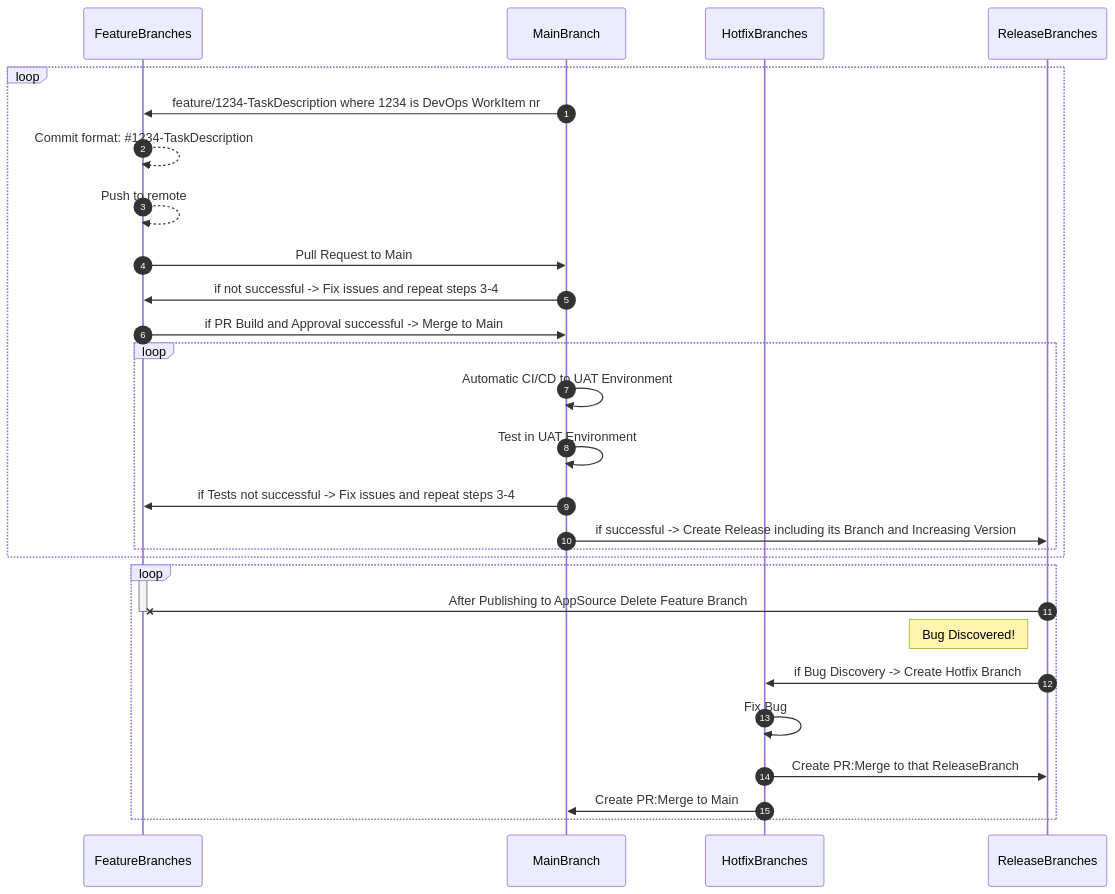
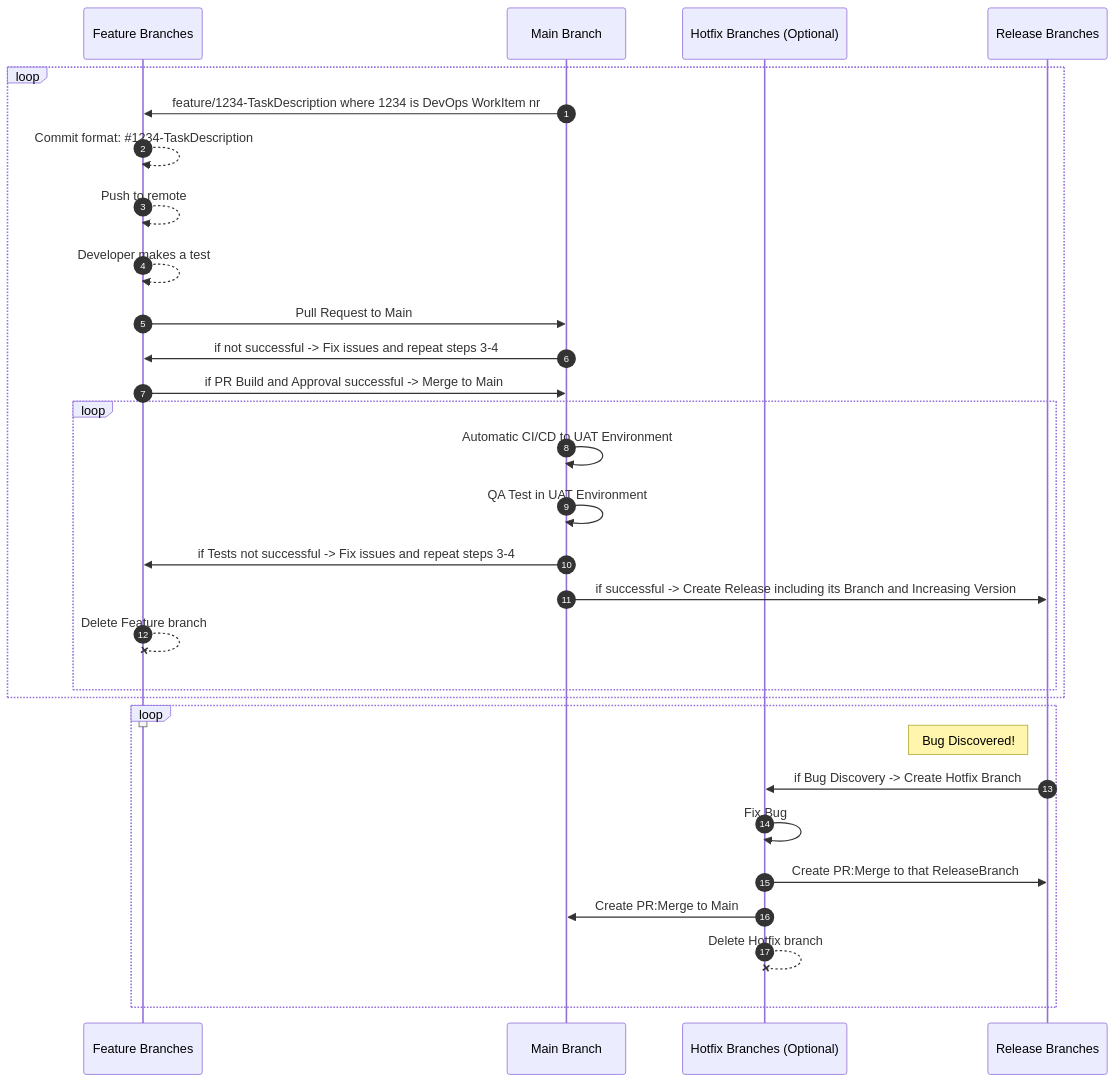
Before and after one commit to ciellosinc/Ciellos-BC-git-flow-template: the diagram in README.md, drawn with Mermaid. The commit also changed other lines of this file, not shown here.

Commit message:
Light changes on the flow diagram

````diff
--- a/README.md
+++ b/README.md
@@ -31,36 +31,38 @@
 ```mermaid
 sequenceDiagram
     autonumber
-    participant F as FeatureBranches
-    participant M as MainBranch
-    participant H as HotfixBranches
-    participant R as ReleaseBranches
+    participant F as Feature Branches
+    participant M as Main Branch
+    participant H as Hotfix Branches (Optional)
+    participant R as Release Branches
 
     loop  
       M->>F: feature/1234-TaskDescription where 1234 is DevOps WorkItem nr
       F-->>F: Commit format: #35;1234-TaskDescription
       F-->>F: Push to remote
+      F-->>F: Developer makes a test
       F->>M: Pull Request to Main
       M->>F: if not successful -> Fix issues and repeat steps 3-4
       F->>M: if PR Build and Approval successful -> Merge to Main
 
     loop
         M->>M: Automatic CI/CD to UAT Environment
-        M->>M: Test in UAT Environment
+        M->>M: QA Test in UAT Environment
         M->>F: if Tests not successful -> Fix issues and repeat steps 3-4
         M->>R: if successful -> Create Release including its Branch and Increasing Version
+        F--xF: Delete Feature branch
     end
     end
 
     loop
         activate F
-        R-xF: After Publishing to AppSource Delete Feature Branch
         deactivate F
         Note left of R: Bug Discovered!
         R->>H: if Bug Discovery -> Create Hotfix Branch
         H->>H: Fix Bug
         H->>R: Create PR:Merge to that ReleaseBranch
         H->>M: Create PR:Merge to Main
+        H--xH: Delete Hotfix branch
     end
     
 ```
````
